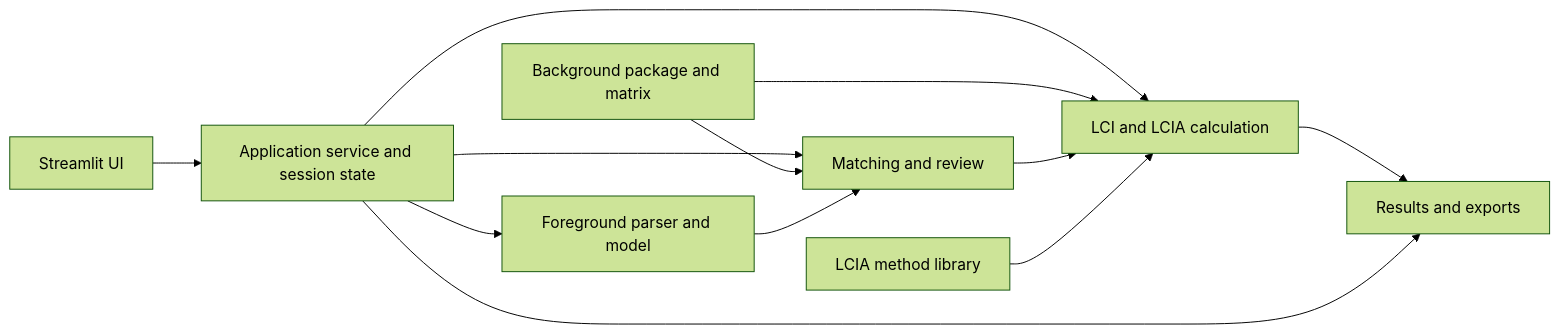
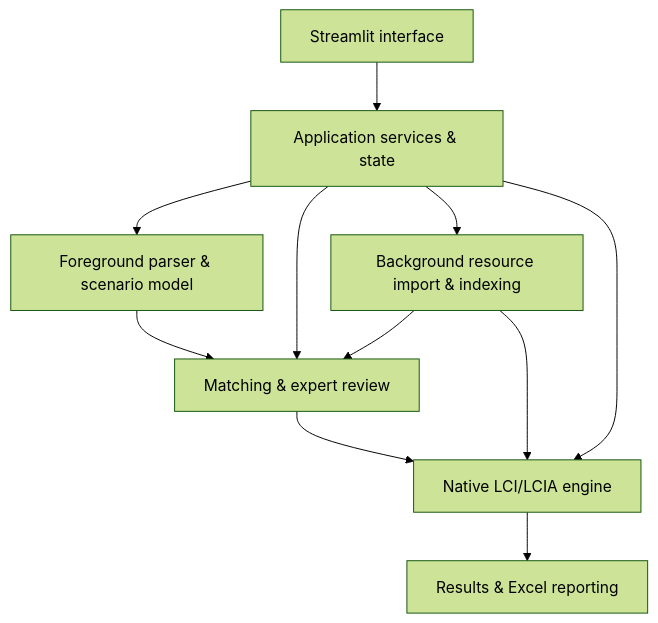
The second of 2 diagrams in README.md (SDU-LCE-SMART/FlexPOL-LCA), drawn with Mermaid (forest theme) before and after one commit. The commit also changed other lines of this file, not shown here.

````diff
--- a/README.md
+++ b/README.md
@@ -184,14 +65,13 @@
 ```mermaid
-flowchart LR
-    UI[Streamlit UI] --> S[Application service and session state]
-    S --> FG[Foreground parser and model]
-    S --> MT[Matching and review]
-    S --> LC[LCI and LCIA calculation]
-    DB[Background package and matrix] --> MT
-    DB --> LC
-    FG --> MT
-    MT --> LC
-    ML[LCIA method library] --> LC
-    LC --> R[Results and exports]
-    S --> R
+flowchart TB
+    UI[Streamlit interface] --> S[Application services & state]
+    S --> I[Foreground parser & scenario model]
+    S --> M[Matching & expert review]
+    S --> R[Background resource import & indexing]
+    S --> L[Native LCI/LCIA engine]
+    R --> M
+    R --> L
+    I --> M
+    M --> L
+    L --> O[Results & Excel reporting]
 ```
````
